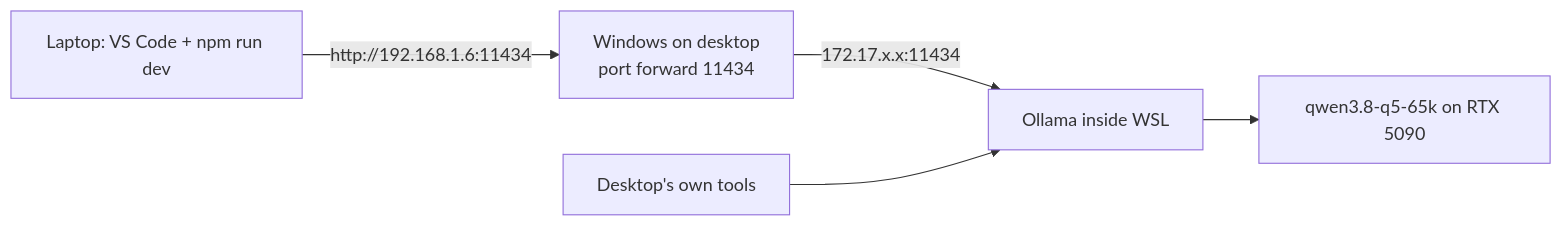
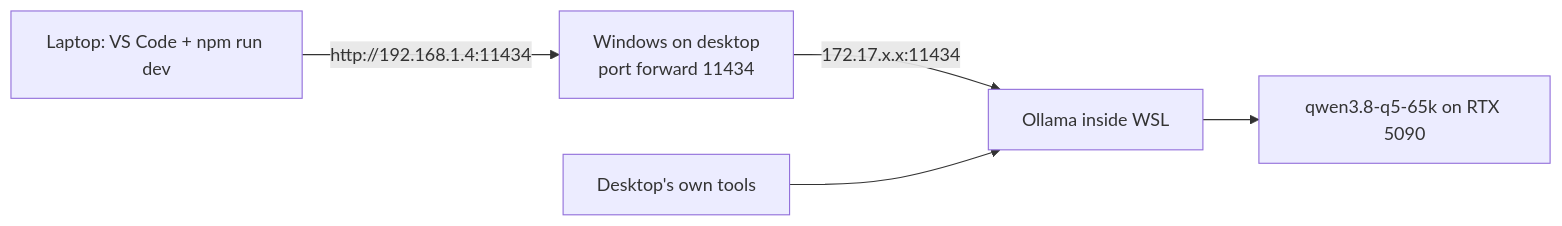
The diagram in docs/DEV-SETUP.md (namratachawla2005-spec/laterup), drawn with Mermaid before and after one commit. The commit also changed other lines of this file and 4 other files, not shown here.

````diff
--- a/docs/DEV-SETUP.md
+++ b/docs/DEV-SETUP.md
@@ -20,7 +20,7 @@
 ```mermaid
 flowchart LR
-  L[Laptop: VS Code + npm run dev] -->|http://192.168.1.6:11434| W[Windows on desktop<br/>port forward 11434]
+  L[Laptop: VS Code + npm run dev] -->|http://192.168.1.4:11434| W[Windows on desktop<br/>port forward 11434]
   W -->|172.17.x.x:11434| O[Ollama inside WSL]
   O --> M[qwen3.8-q5-65k on RTX 5090]
   D[Desktop's own tools] --> O
 ```
````
